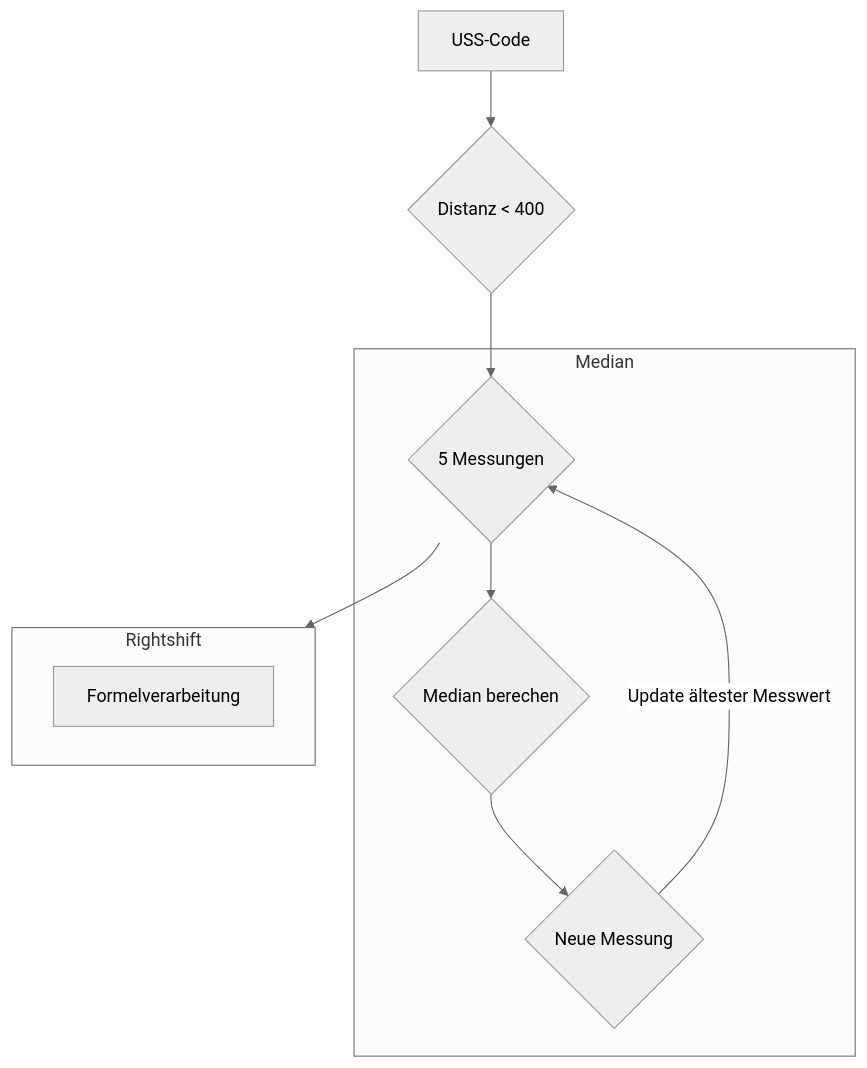
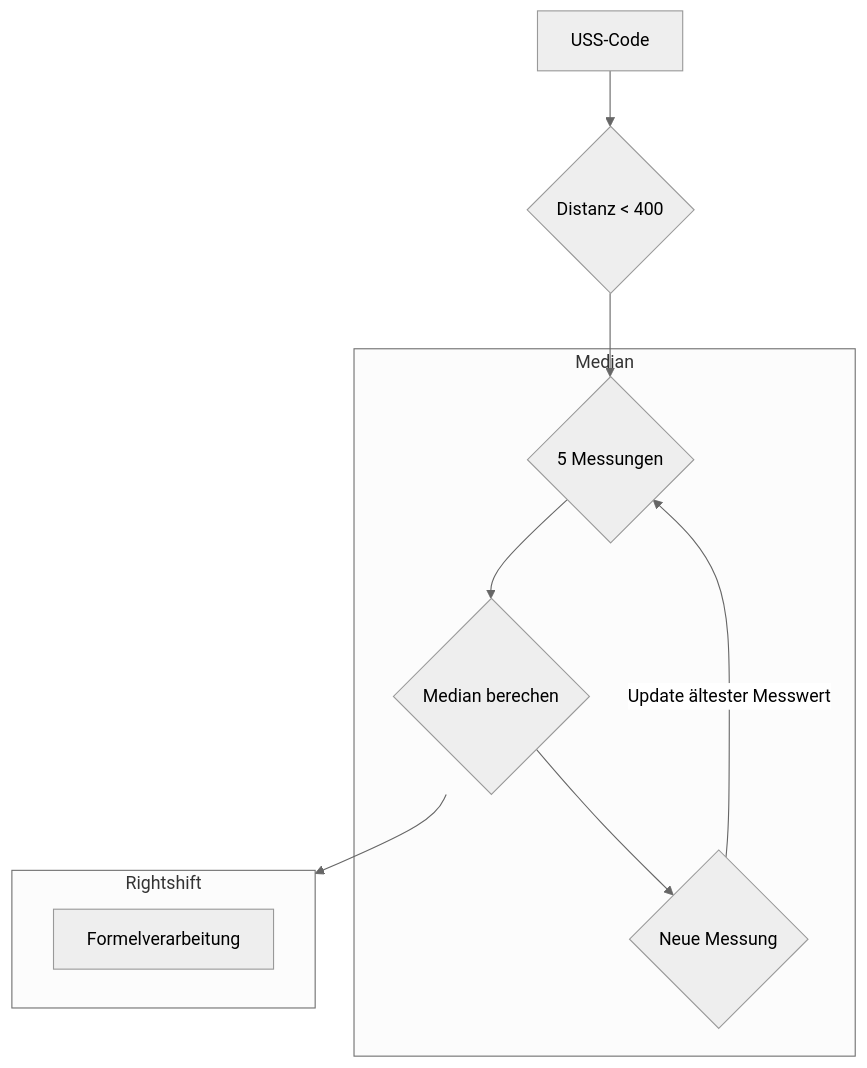
Before and after one commit to SchroedingersBit/PfortGTPanama: the diagram in Programme/Eröffnungsrennen/README.md, drawn with Mermaid (neutral theme).

````diff
--- a/Programme/Eröffnungsrennen/README.md
+++ b/Programme/Eröffnungsrennen/README.md
@@ -5,12 +5,12 @@
 ```mermaid
 flowchart TB;
 USS-Code --> D{Distanz < 400} --> M{5 Messungen};
 subgraph Median
 M-->ME{Median berechen} -->N{Neue Messung} -->|Update ältester Messwert| M;
 end
-M --> Rightshift
+ME --> Rightshift
 
 subgraph Rightshift
 Formelverarbeitung
 end
 ```
````
